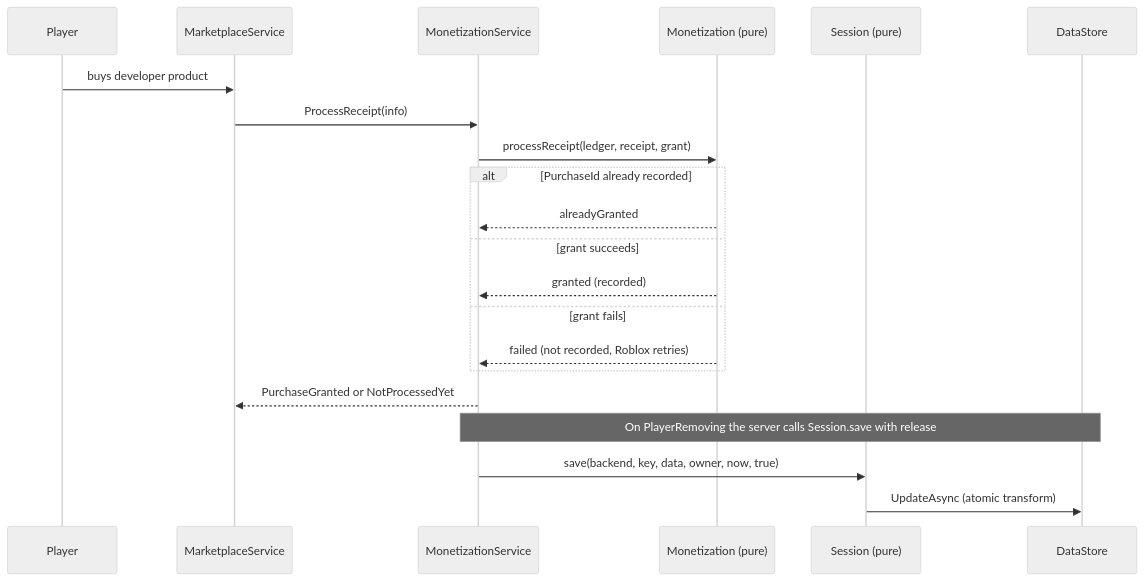
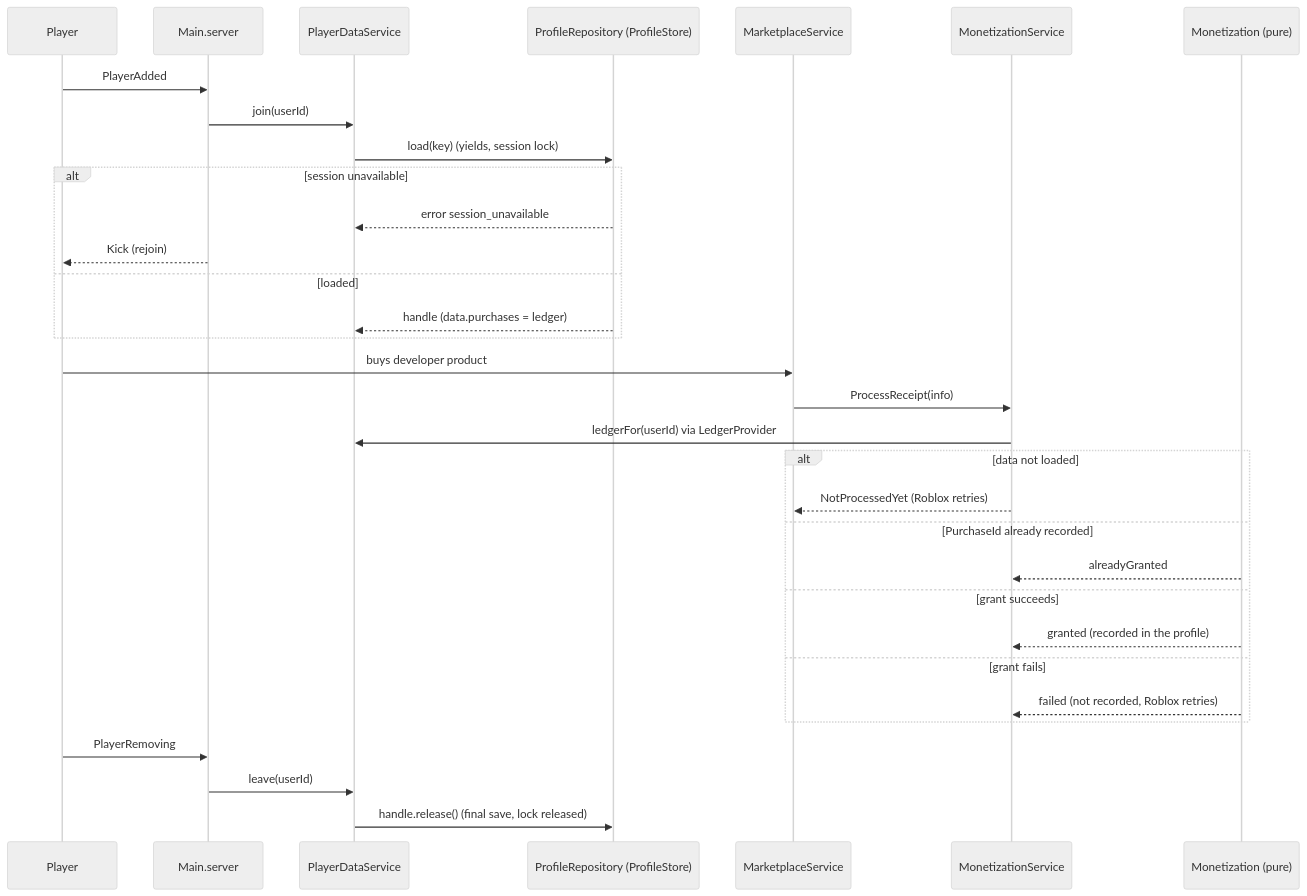
One commit to Nashei-Studios/roblox-game-template changed the second of 3 diagrams in docs/architecture.md. Above: the diagram before and after it, drawn with Mermaid (neutral theme). The commit also changed other lines of this file and 104 other files, not shown here.

````diff
--- a/docs/architecture.md
+++ b/docs/architecture.md
@@ -35,23 +91,34 @@
 ```mermaid
 sequenceDiagram
   participant P as Player
+  participant SM as Main.server
+  participant PDS as PlayerDataService
+  participant R as ProfileRepository (ProfileStore)
   participant MP as MarketplaceService
   participant MS as MonetizationService
   participant MON as Monetization (pure)
-  participant SES as Session (pure)
-  participant DS as DataStore
+  P->>SM: PlayerAdded
+  SM->>PDS: join(userId)
+  PDS->>R: load(key) (yields, session lock)
+  alt session unavailable
+    R-->>PDS: error session_unavailable
+    SM-->>P: Kick (rejoin)
+  else loaded
+    R-->>PDS: handle (data.purchases = ledger)
+  end
   P->>MP: buys developer product
   MP->>MS: ProcessReceipt(info)
-  MS->>MON: processReceipt(ledger, receipt, grant)
-  alt PurchaseId already recorded
+  MS->>PDS: ledgerFor(userId) via LedgerProvider
+  alt data not loaded
+    MS-->>MP: NotProcessedYet (Roblox retries)
+  else PurchaseId already recorded
     MON-->>MS: alreadyGranted
   else grant succeeds
-    MON-->>MS: granted (recorded)
+    MON-->>MS: granted (recorded in the profile)
   else grant fails
     MON-->>MS: failed (not recorded, Roblox retries)
   end
-  MS-->>MP: PurchaseGranted or NotProcessedYet
-  Note over MS,DS: On PlayerRemoving the server calls Session.save with release
-  MS->>SES: save(backend, key, data, owner, now, true)
-  SES->>DS: UpdateAsync (atomic transform)
+  P->>SM: PlayerRemoving
+  SM->>PDS: leave(userId)
+  PDS->>R: handle.release() (final save, lock released)
 ```
````
